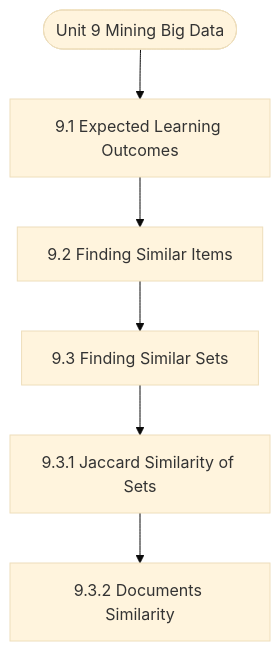
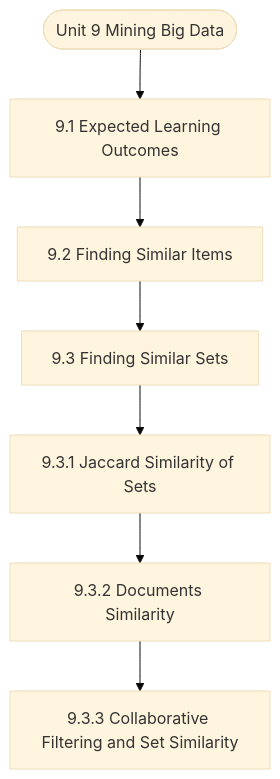
Before and after one commit to Asutosh-Coaching/mscdsa: the diagram in notes/Semester_2/MCS-068_Predictive_Data_Analysis/unit_09_Mining_Big_Data.md, drawn with Mermaid (base theme). The commit also changed other lines of this file and 116 other files, not shown here.

````diff
--- a/notes/Semester_2/MCS-068_Predictive_Data_Analysis/unit_09_Mining_Big_Data.md
+++ b/notes/Semester_2/MCS-068_Predictive_Data_Analysis/unit_09_Mining_Big_Data.md
@@ -19,14 +19,16 @@
 ```mermaid
 flowchart TD
   Start(["Unit 9 Mining Big Data"])
   N1["9.1 Expected Learning Outcomes"]
   N2["9.2 Finding Similar Items"]
   N3["9.3 Finding Similar Sets"]
   N4["9.3.1 Jaccard Similarity of Sets"]
   N5["9.3.2 Documents Similarity"]
+  N6["9.3.3 Collaborative Filtering and Set Similarity"]
   Start --> N1
   N1 --> N2
   N2 --> N3
   N3 --> N4
   N4 --> N5
+  N5 --> N6
 ```
````
